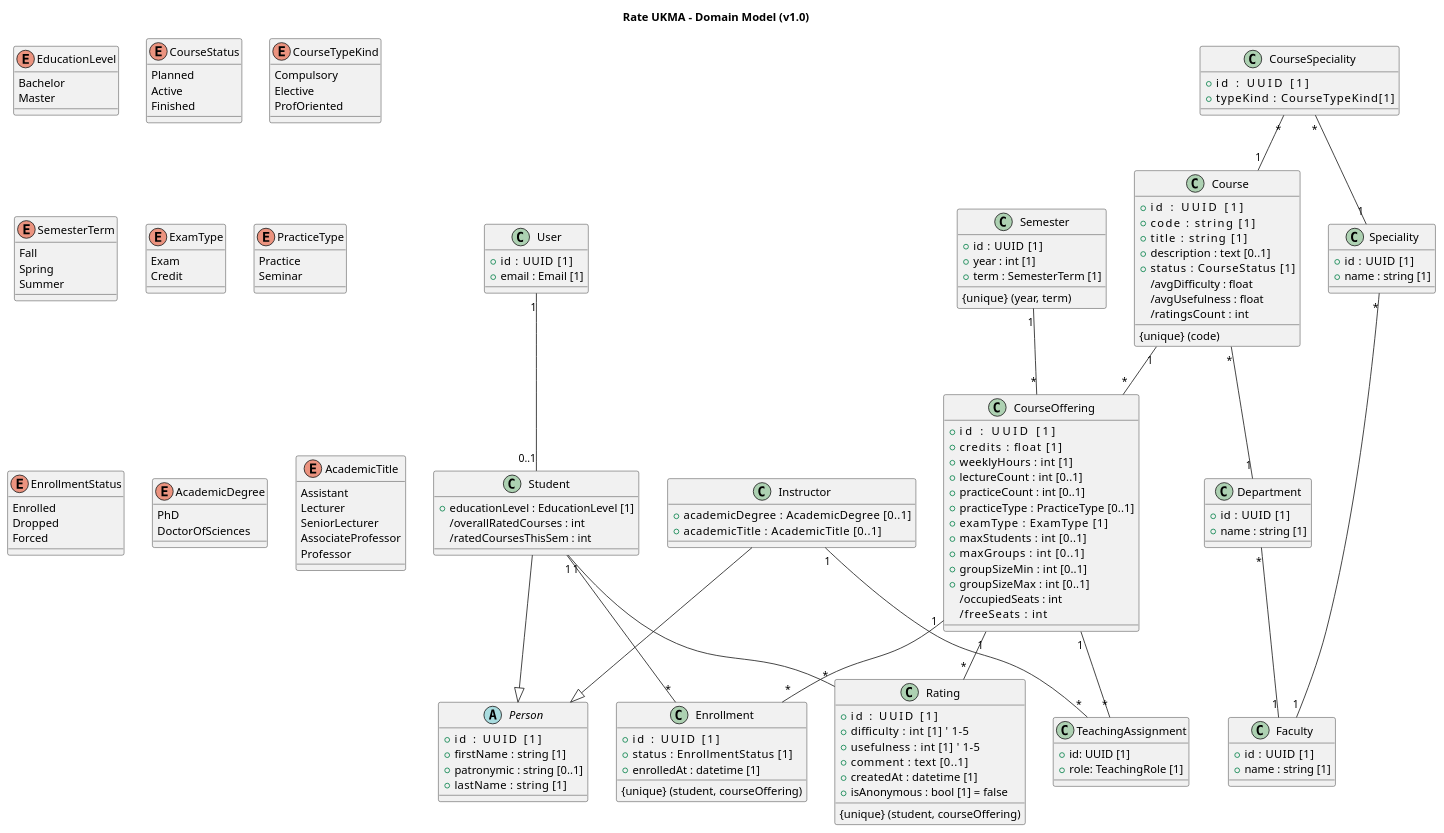
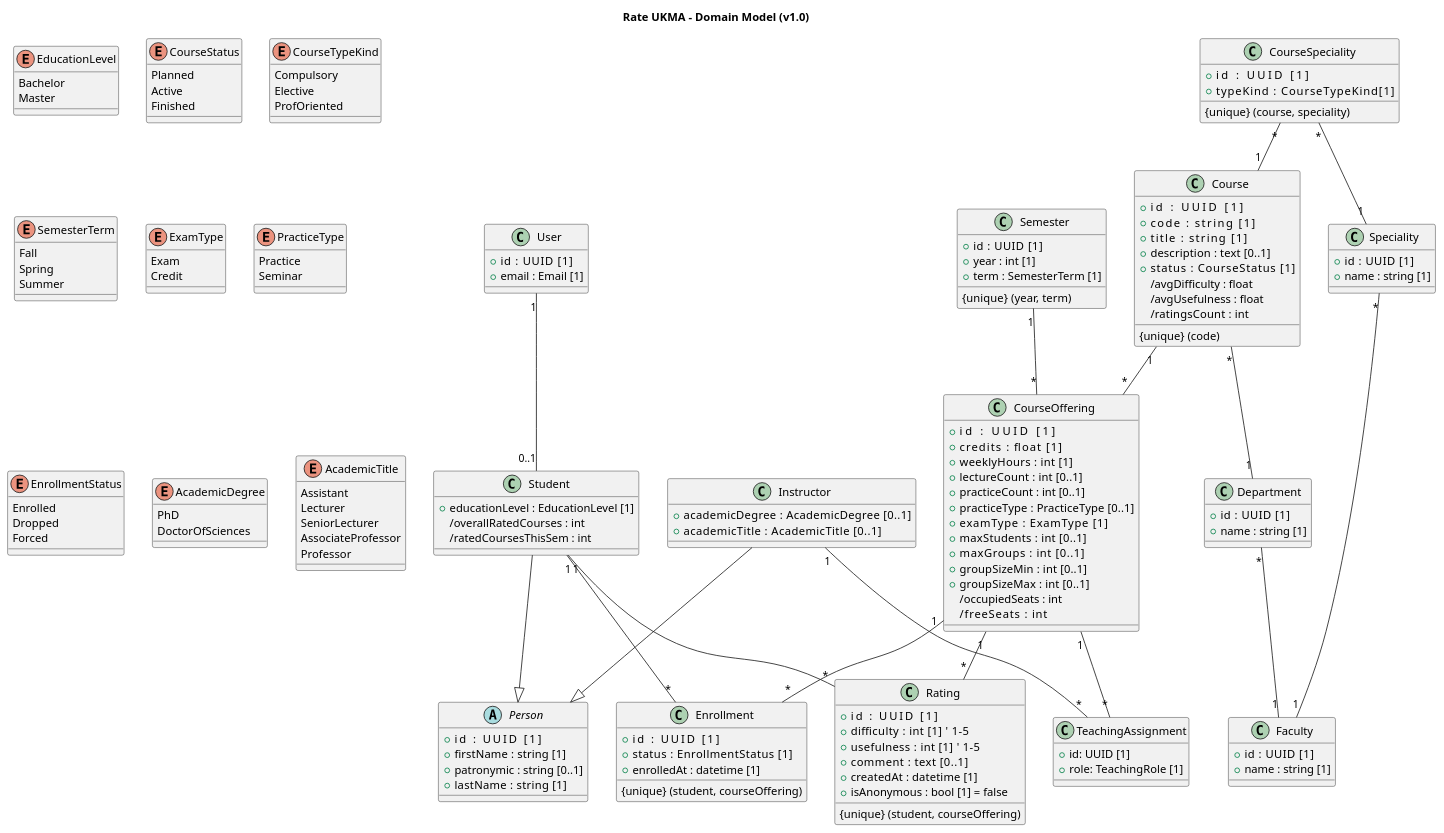
The diagram in docs/architecture/uml/domain-model.puml (ukma-cs-ssdm-2025/rate-ukma), drawn with PlantUML before and after one commit.

Commit message:
docs(#86): add CourseSpeciality uniqueness constraint

```diff
--- a/docs/architecture/uml/domain-model.puml
+++ b/docs/architecture/uml/domain-model.puml
@@ -1,173 +1,174 @@
 @startuml core-domain-model
 title Rate UKMA – Domain Model (v1.0)
 
 class User {
   +id    : UUID [1]
   +email : Email [1]
 }
 
 abstract class Person {
   +id         : UUID [1]
   +firstName  : string [1]
   +patronymic : string [0..1]
   +lastName   : string [1]
 }
 
 class Student {
   +educationLevel : EducationLevel [1]
   /overallRatedCourses : int
   /ratedCoursesThisSem : int
 }
 User "1" -- "0..1" Student
 Student --|> Person
 
 class Instructor {
   +academicDegree     : AcademicDegree [0..1]
   +academicTitle      : AcademicTitle [0..1]
 }
 Instructor --|> Person
 
 class Faculty {
   +id   : UUID [1]
   +name : string [1]
 }
 
 class Department {
   +id   : UUID [1]
   +name : string [1]
 }
 Department "*" -- "1" Faculty
 
 class Speciality {
   +id   : UUID [1]
   +name : string [1]
 }
 Speciality "*" -- "1" Faculty
 
 class Course {
   +id           : UUID [1]
   +code         : string [1]
   +title        : string [1]
   +description  : text [0..1]
   +status       : CourseStatus [1]
   /avgDifficulty : float
   /avgUsefulness : float
   /ratingsCount  : int
   {unique} (code)
 }
 Course "*" -- "1" Department
 
 class CourseSpeciality {
   +id           : UUID [1]
   +typeKind         : CourseTypeKind[1]
+  {unique} (course, speciality)
 }
 CourseSpeciality "*" -- "1" Course
 CourseSpeciality "*" -- "1" Speciality
 
 class Semester {
   +id   : UUID [1]
   +year : int [1]
   +term : SemesterTerm [1]
   {unique} (year, term)
 }
 
 class CourseOffering {
   +id            : UUID [1]
   +credits       : float [1]
   +weeklyHours   : int [1]
   +lectureCount  : int [0..1]
   +practiceCount : int [0..1]
   +practiceType  : PracticeType [0..1]
   +examType      : ExamType [1]
   +maxStudents   : int [0..1]
   +maxGroups     : int [0..1]
   +groupSizeMin  : int [0..1]
   +groupSizeMax  : int [0..1]
   /occupiedSeats : int
   /freeSeats     : int
 }
 Course "1"   -- "*" CourseOffering
 Semester "1" -- "*" CourseOffering
 
 class TeachingAssignment {
   +id: UUID [1]
   +role: TeachingRole [1]
 }
 CourseOffering "1" -- "*" TeachingAssignment
 Instructor "1" -- "*" TeachingAssignment
 
 
 class Enrollment {
   +id         : UUID [1]
   +status     : EnrollmentStatus [1]
   +enrolledAt : datetime [1]
   {unique} (student, courseOffering)
 }
 Student "1"        -- "*" Enrollment
 CourseOffering "1" -- "*" Enrollment
 
 class Rating {
   +id         : UUID [1]
   +difficulty : int [1]    ' 1–5
   +usefulness : int [1]    ' 1–5
   +comment    : text [0..1]
   +createdAt  : datetime [1]
   +isAnonymous : bool [1] = false
   {unique} (student, courseOffering)
 }
 Student "1" -- "*" Rating
 CourseOffering  "1" -- "*" Rating
 
 enum EducationLevel {
   Bachelor
   Master
 }
 
 enum CourseStatus {
   Planned
   Active
   Finished
 }
 
 enum CourseTypeKind {
   Compulsory
   Elective
   ProfOriented
 }
 
 enum SemesterTerm {
   Fall
   Spring
   Summer
 }
 
 enum ExamType {
   Exam
   Credit
 }
 
 enum PracticeType {
   Practice
   Seminar
 }
 
 enum EnrollmentStatus {
   Enrolled
   Dropped
   Forced
 }
 
 enum AcademicDegree {
   PhD
   DoctorOfSciences
 }
 
 enum AcademicTitle {
   Assistant
   Lecturer
   SeniorLecturer
   AssociateProfessor   
   Professor            
 }
 
 @enduml
```
